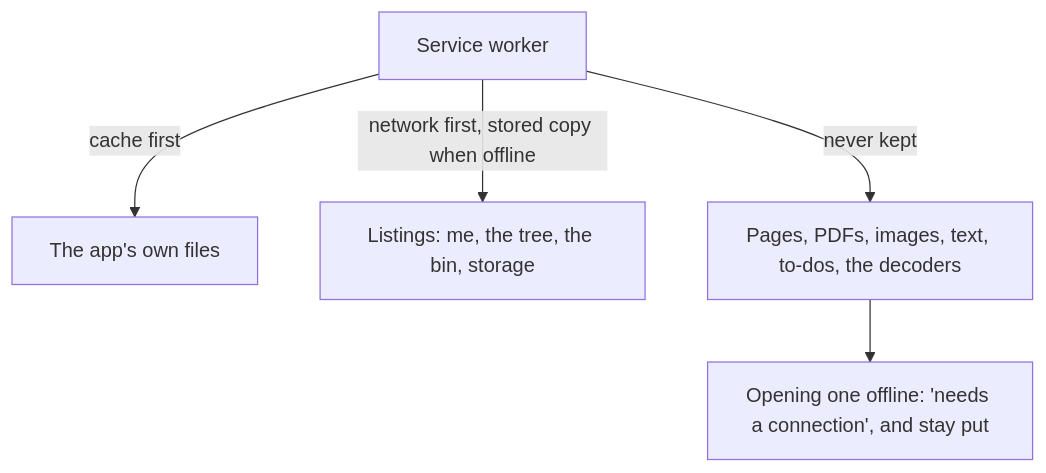
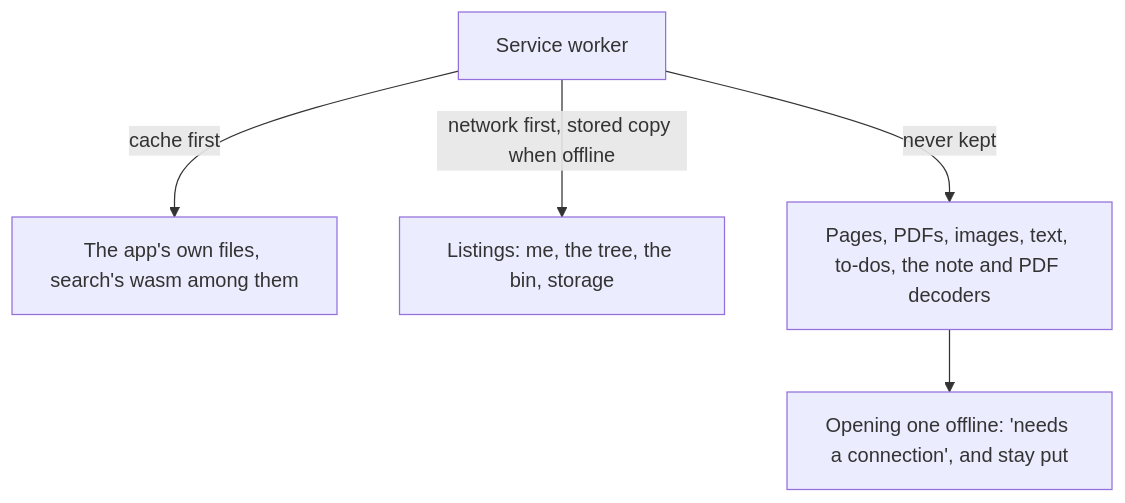
Before and after one commit to m00qek/inkhold: the second of 2 diagrams in docs/content/contributor/phones-and-offline.md, drawn with Mermaid. The commit also changed other lines of this file and 70 other files, not shown here.

First line of the commit message:
feat: one search for notes, documents, names, to-dos and digests, offline too (#21)

````diff
--- a/docs/content/contributor/phones-and-offline.md
+++ b/docs/content/contributor/phones-and-offline.md
@@ -59,7 +62,7 @@
 ```mermaid
 flowchart TD
-  sw["Service worker"] -->|"cache first"| app["The app's own files"]
+  sw["Service worker"] -->|"cache first"| app["The app's own files, search's wasm among them"]
   sw -->|"network first, stored copy when offline"| lists["Listings: me, the tree, the bin, storage"]
-  sw -->|"never kept"| files["Pages, PDFs, images, text, to-dos, the decoders"]
+  sw -->|"never kept"| files["Pages, PDFs, images, text, to-dos, the note and PDF decoders"]
   files --> need["Opening one offline: 'needs a connection', and stay put"]
 ```
````
